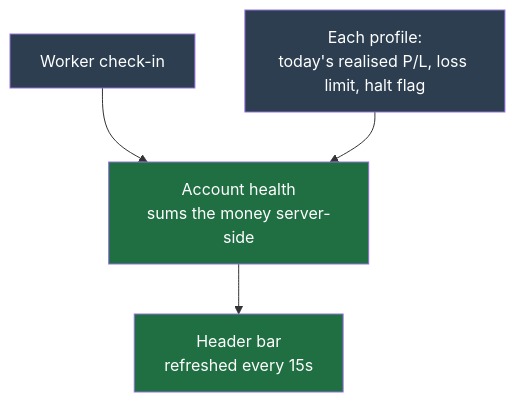
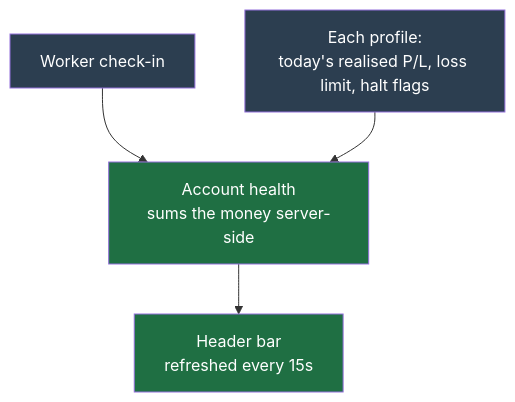
One commit to chrisleekr/binance-trading-bot changed the diagram in docs/concepts/account-health.md. Above: the diagram before and after it, drawn with Mermaid. The commit also changed other lines of this file and 44 other files, not shown here.

````diff
--- a/docs/concepts/account-health.md
+++ b/docs/concepts/account-health.md
@@ -37,9 +37,9 @@
 ```mermaid
 flowchart TD
     Heartbeat["Worker check-in"]:::io --> Endpoint["Account health<br/>sums the money server-side"]:::core
-    Profiles["Each profile:<br/>today's realised P/L, loss limit, halt flag"]:::io --> Endpoint
+    Profiles["Each profile:<br/>today's realised P/L, loss limit, halt flags"]:::io --> Endpoint
     Endpoint --> Header["Header bar<br/>refreshed every 15s"]:::act
     classDef io fill:#2c3e50,color:#ffffff;
     classDef core fill:#1f6f43,color:#ffffff;
     classDef act fill:#1f6f43,color:#ffffff;
 ```
````
